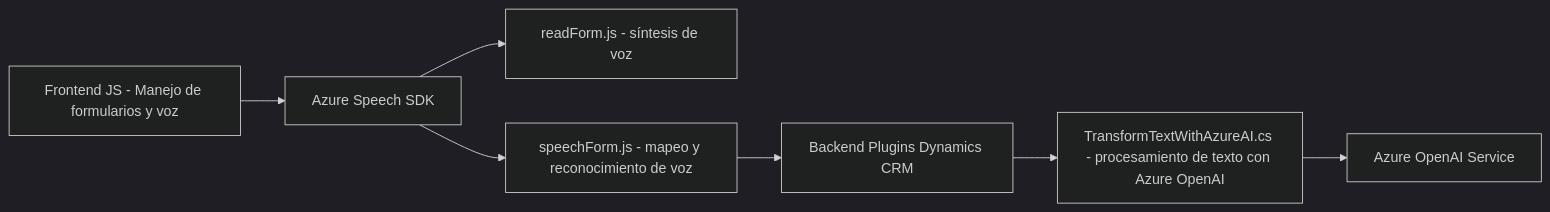
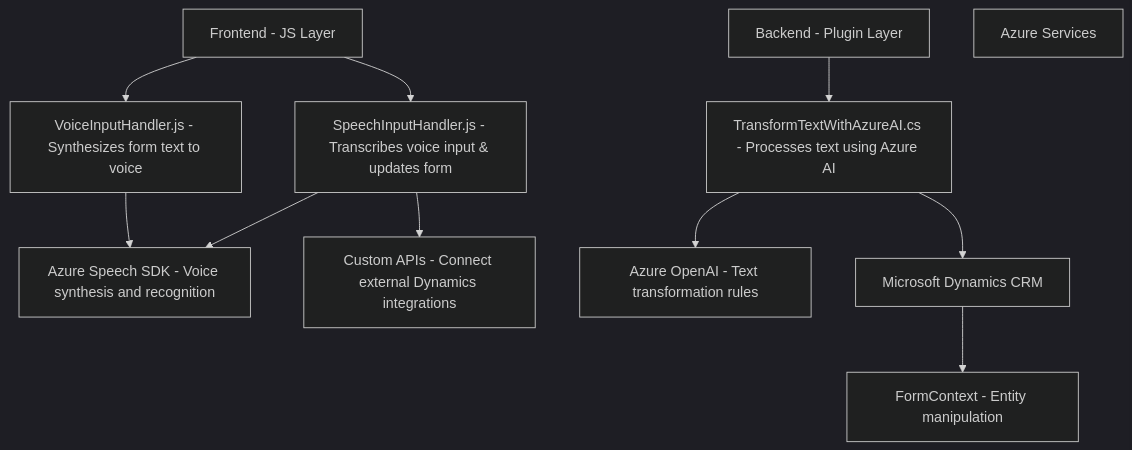
Before and after one commit to blopezdm/NETCORE_BILBAO2025: the diagram in README.md, drawn with Mermaid (dark theme). The commit also changed other lines of this file, not shown here.

Commit message:
Actualizar análisis global de la solución con IA

````diff
--- a/README.md
+++ b/README.md
@@ -46,17 +32,24 @@
 ```mermaid
-graph LR
-    A["Frontend JS - Manejo de formularios y voz"]
-    A1["readForm.js - síntesis de voz"]
-    A2["speechForm.js - mapeo y reconocimiento de voz"]
-    B["Azure Speech SDK"]
-    C["Backend Plugins Dynamics CRM"]
-    C1["TransformTextWithAzureAI.cs - procesamiento de texto con Azure OpenAI"]
-    D["Azure OpenAI Service"]
+graph TD
+    A["Frontend - JS Layer"]
+    B["VoiceInputHandler.js - Synthesizes form text to voice"]
+    C["SpeechInputHandler.js - Transcribes voice input & updates form"]
+    D["Backend - Plugin Layer"]
+    E["TransformTextWithAzureAI.cs - Processes text using Azure AI"]
+    F["Azure Services"]
+    G["Azure Speech SDK - Voice synthesis and recognition"]
+    H["Azure OpenAI - Text transformation rules"]
+    I["Microsoft Dynamics CRM"]
+    J["FormContext - Entity manipulation"]
+    K["Custom APIs - Connect external Dynamics integrations"]
 
     A --> B
-    B --> A1
-    B --> A2
-    A2 --> C
-    C --> C1
-    C1 --> D
+    A --> C
+    B --> G
+    C --> G
+    C --> K
+    D --> E
+    E --> H
+    E --> I
+    I --> J
 ```
````
